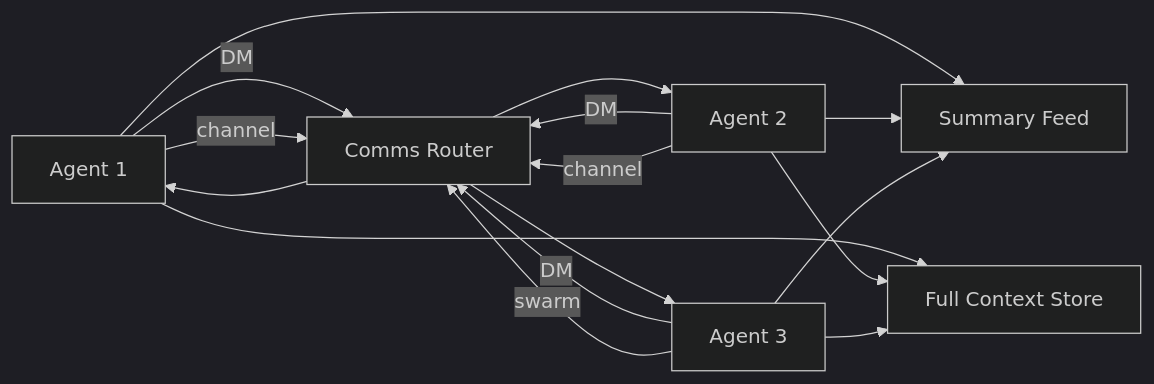
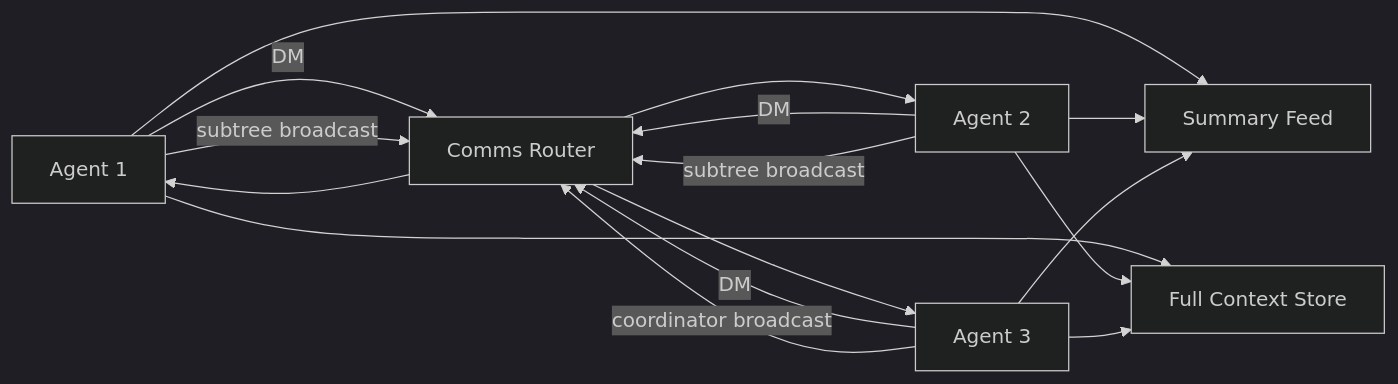
Before and after one commit to jerudnik/jcode: the fourth of 6 diagrams in docs/SWARM_ARCHITECTURE.md, drawn with Mermaid (dark theme). The commit also changed other lines of this file and 7 other files, not shown here.

````diff
--- a/docs/SWARM_ARCHITECTURE.md
+++ b/docs/SWARM_ARCHITECTURE.md
@@ -227,22 +227,22 @@
 ```mermaid
 flowchart LR
   A1[Agent 1] -->|DM| Comms[Comms Router]
   A2[Agent 2] -->|DM| Comms
   A3[Agent 3] -->|DM| Comms
 
-  A1 -->|channel| Comms
-  A2 -->|channel| Comms
-  A3 -->|swarm| Comms
+  A1 -->|subtree broadcast| Comms
+  A2 -->|subtree broadcast| Comms
+  A3 -->|coordinator broadcast| Comms
 
   Comms --> A1
   Comms --> A2
   Comms --> A3
 
   A1 --> Summary[Summary Feed]
   A2 --> Summary
   A3 --> Summary
 
   A1 --> Full[Full Context Store]
   A2 --> Full
   A3 --> Full
 ```
````
